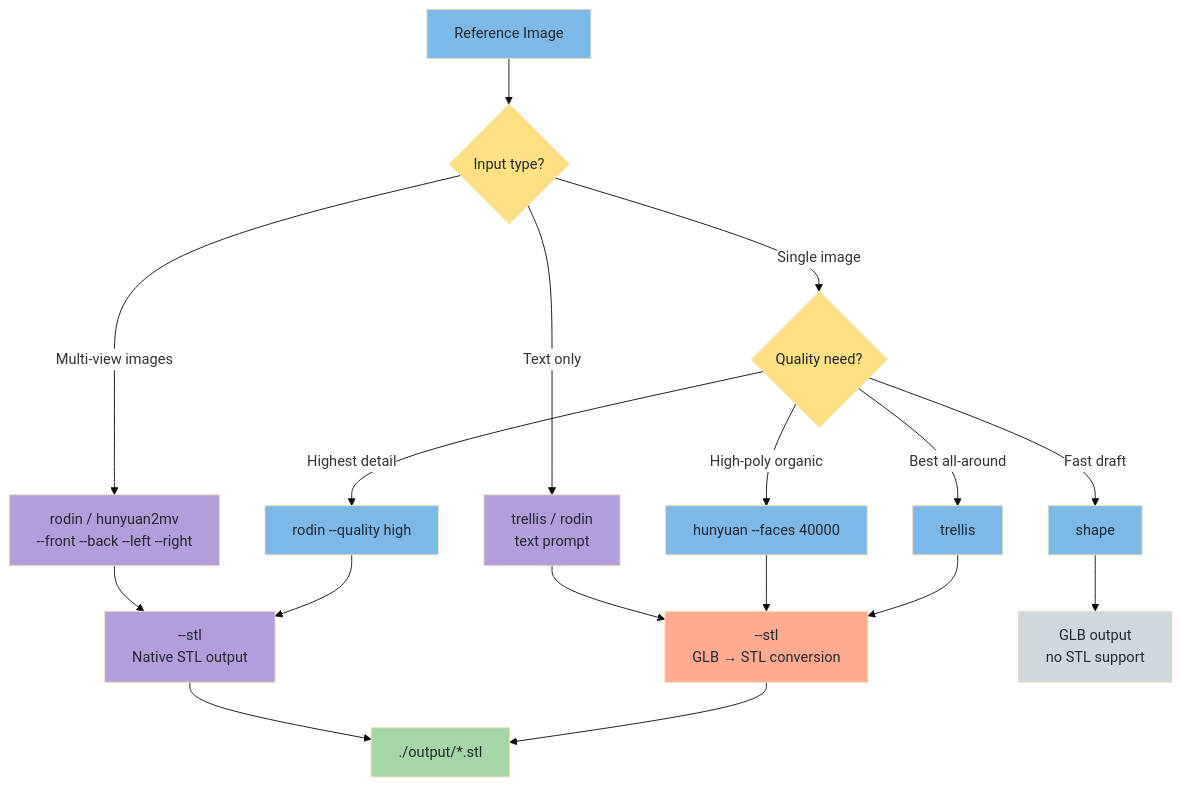
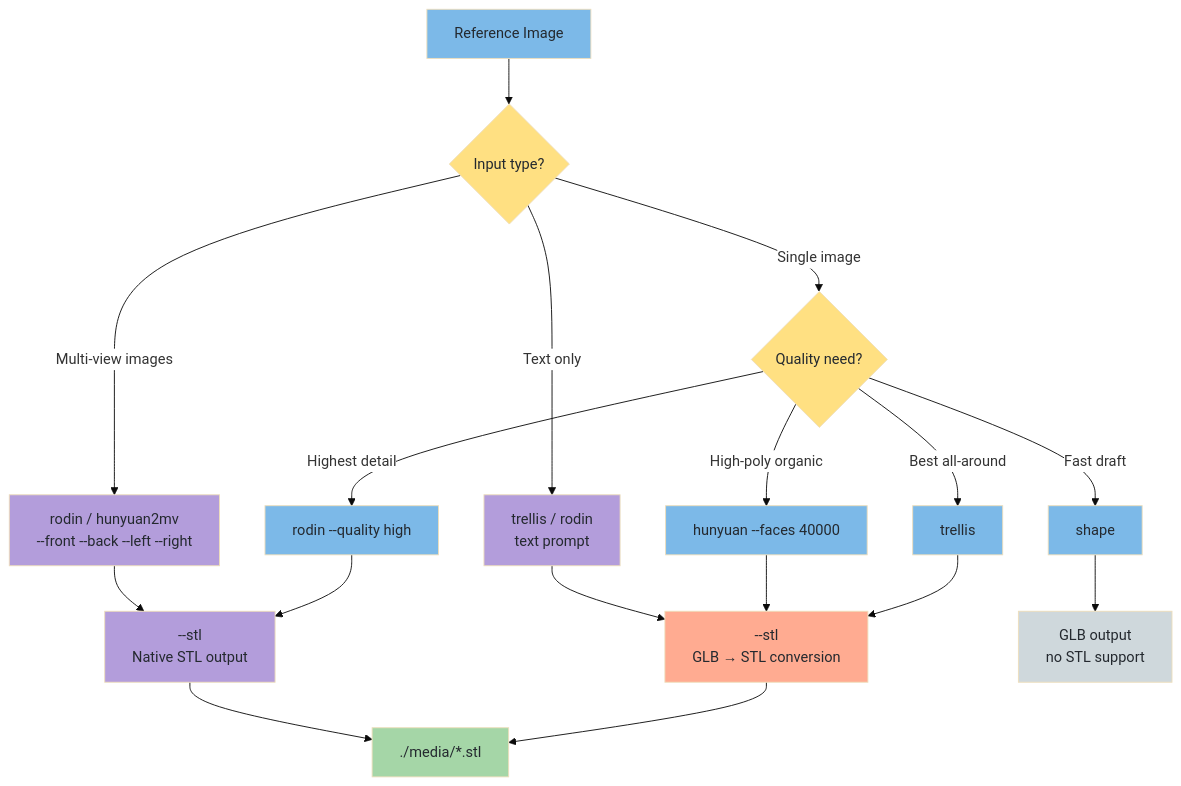
Before and after one commit to fabioc-aloha/AlexMedia: the third of 8 diagrams in docs/3d-design-to-print-workflow.md, drawn with Mermaid. The commit also changed other lines of this file and 26 other files, not shown here.

First line of the commit message:
Rename output/ to media/ for generated files

````diff
--- a/docs/3d-design-to-print-workflow.md
+++ b/docs/3d-design-to-print-workflow.md
@@ -131,36 +131,36 @@
 ```mermaid
 %%{init: {'theme': 'base', 'themeVariables': {'edgeLabelBackground': '#ffffff'}}}%%
 flowchart TD
     A["Reference Image"] --> B{"Input type?"}
     B -- "Single image" --> C{"Quality need?"}
     B -- "Multi-view images" --> D["rodin / hunyuan2mv<br/>--front --back --left --right"]
     B -- "Text only" --> E["trellis / rodin<br/>text prompt"]
     C -- "Best all-around" --> F["trellis"]
     C -- "Highest detail" --> G["rodin --quality high"]
     C -- "Fast draft" --> H["shape"]
     C -- "High-poly organic" --> I["hunyuan --faces 40000"]
 
     F --> J["--stl<br/>GLB → STL conversion"]
     G --> K["--stl<br/>Native STL output"]
     H --> L["GLB output<br/>no STL support"]
     I --> J
     D --> K
     E --> J
 
-    J --> M["./output/*.stl"]
+    J --> M["./media/*.stl"]
     K --> M
 
     style A fill:#7CB9E8,color:#24292f
     style B fill:#FFE082,color:#24292f
     style C fill:#FFE082,color:#24292f
     style D fill:#B39DDB,color:#24292f
     style E fill:#B39DDB,color:#24292f
     style F fill:#7CB9E8,color:#24292f
     style G fill:#7CB9E8,color:#24292f
     style H fill:#7CB9E8,color:#24292f
     style I fill:#7CB9E8,color:#24292f
     style J fill:#FFAB91,color:#24292f
     style K fill:#B39DDB,color:#24292f
     style L fill:#CFD8DC,color:#24292f
     style M fill:#A5D6A7,color:#24292f
 ```
````
